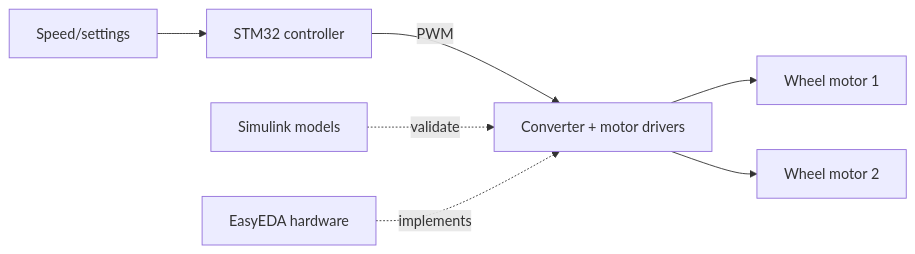
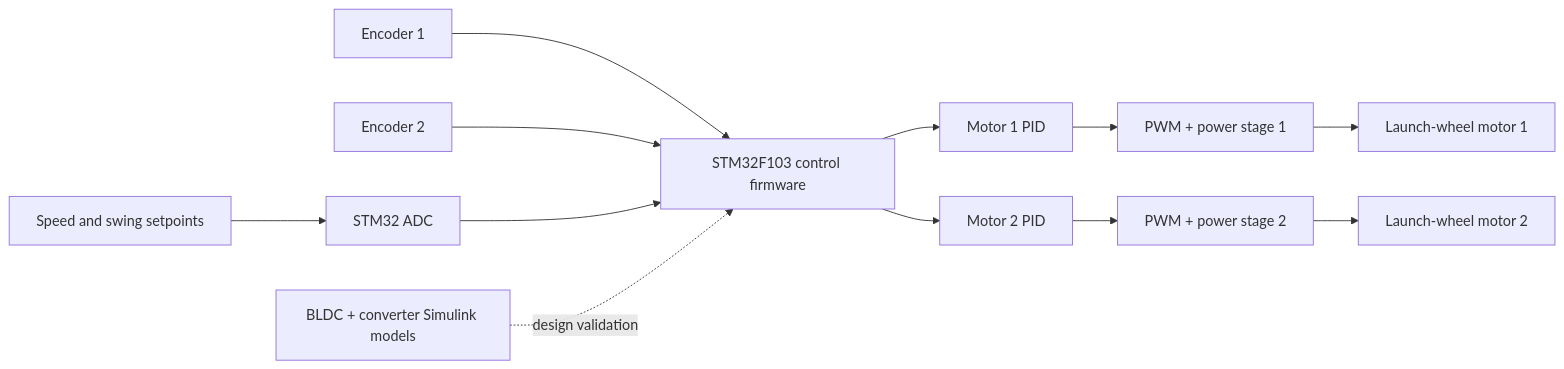
Before and after one commit to Mahmoud21030/embedded-cricket-control-system: the diagram in README.md, drawn with Mermaid. The commit also changed other lines of this file and 3 other files, not shown here.

````diff
--- a/README.md
+++ b/README.md
@@ -21,9 +35,14 @@
 ```mermaid
 flowchart LR
-  SET[Speed/settings] --> MCU[STM32 controller]
-  MCU -->|PWM| PWR[Converter + motor drivers]
-  PWR --> M1[Wheel motor 1]
-  PWR --> M2[Wheel motor 2]
-  MODEL[Simulink models] -. validate .-> PWR
-  PCB[EasyEDA hardware] -. implements .-> PWR
+  CMD[Speed and swing setpoints] --> ADC[STM32 ADC]
+  E1[Encoder 1] --> MCU[STM32F103 control firmware]
+  E2[Encoder 2] --> MCU
+  ADC --> MCU
+  MCU --> PID1[Motor 1 PID]
+  MCU --> PID2[Motor 2 PID]
+  PID1 --> PWM1[PWM + power stage 1]
+  PID2 --> PWM2[PWM + power stage 2]
+  PWM1 --> M1[Launch-wheel motor 1]
+  PWM2 --> M2[Launch-wheel motor 2]
+  SIM[BLDC + converter Simulink models] -. design validation .-> MCU
 ```
````
